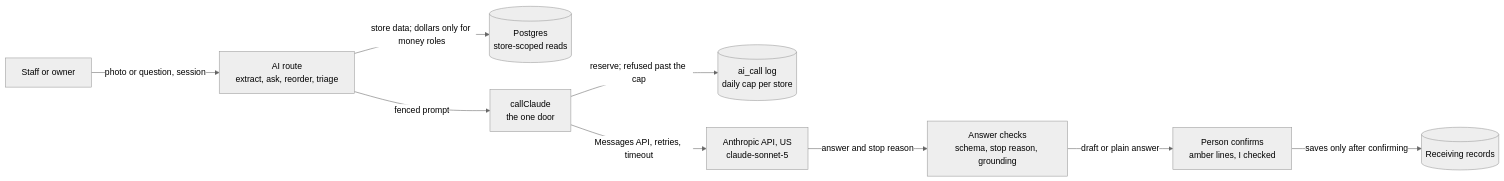
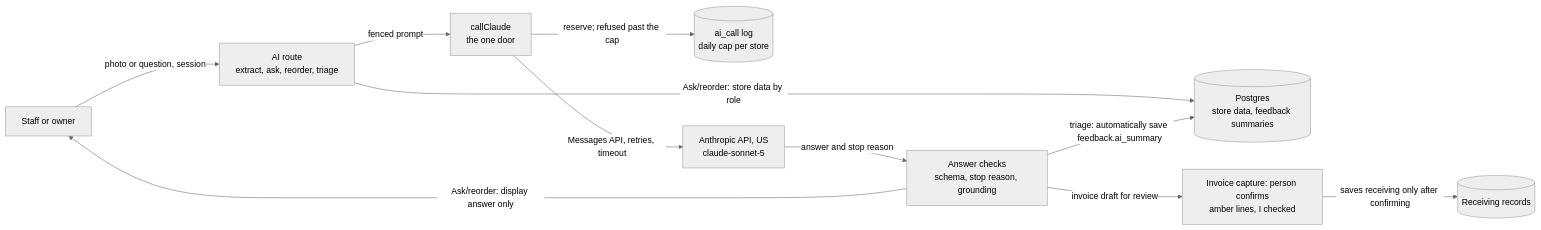
One commit to raviteja0012/robinsons-store changed the eighth of 9 diagrams in docs/ARCHITECTURE.md. Above: the diagram before and after it, drawn with Mermaid (neutral theme). The commit also changed other lines of this file and 1 other file, not shown here.

````diff
--- a/docs/ARCHITECTURE.md
+++ b/docs/ARCHITECTURE.md
@@ -553,20 +554,22 @@
 ```mermaid
 flowchart LR
   P["Staff or owner"]
   R["AI route<br/>extract, ask, reorder, triage"]
-  DB[("Postgres<br/>store-scoped reads")]
+  DB[("Postgres<br/>store data, feedback summaries")]
   CC["callClaude<br/>the one door"]
   LOG[("ai_call log<br/>daily cap per store")]
   AN["Anthropic API, US<br/>claude-sonnet-5"]
   CHK["Answer checks<br/>schema, stop reason, grounding"]
-  H["Person confirms<br/>amber lines, I checked"]
+  H["Invoice capture: person confirms<br/>amber lines, I checked"]
   REC[("Receiving records")]
   P -- "photo or question, session" --> R
-  R -- "store data; dollars only for money roles" --> DB
+  R -- "Ask/reorder: store data by role" --> DB
   R -- "fenced prompt" --> CC
   CC -- "reserve; refused past the cap" --> LOG
   CC -- "Messages API, retries, timeout" --> AN
   AN -- "answer and stop reason" --> CHK
-  CHK -- "draft or plain answer" --> H
-  H -- "saves only after confirming" --> REC
+  CHK -- "invoice draft for review" --> H
+  H -- "saves receiving only after confirming" --> REC
+  CHK -- "Ask/reorder: display answer only" --> P
+  CHK -- "triage: automatically save feedback.ai_summary" --> DB
 ```
````
